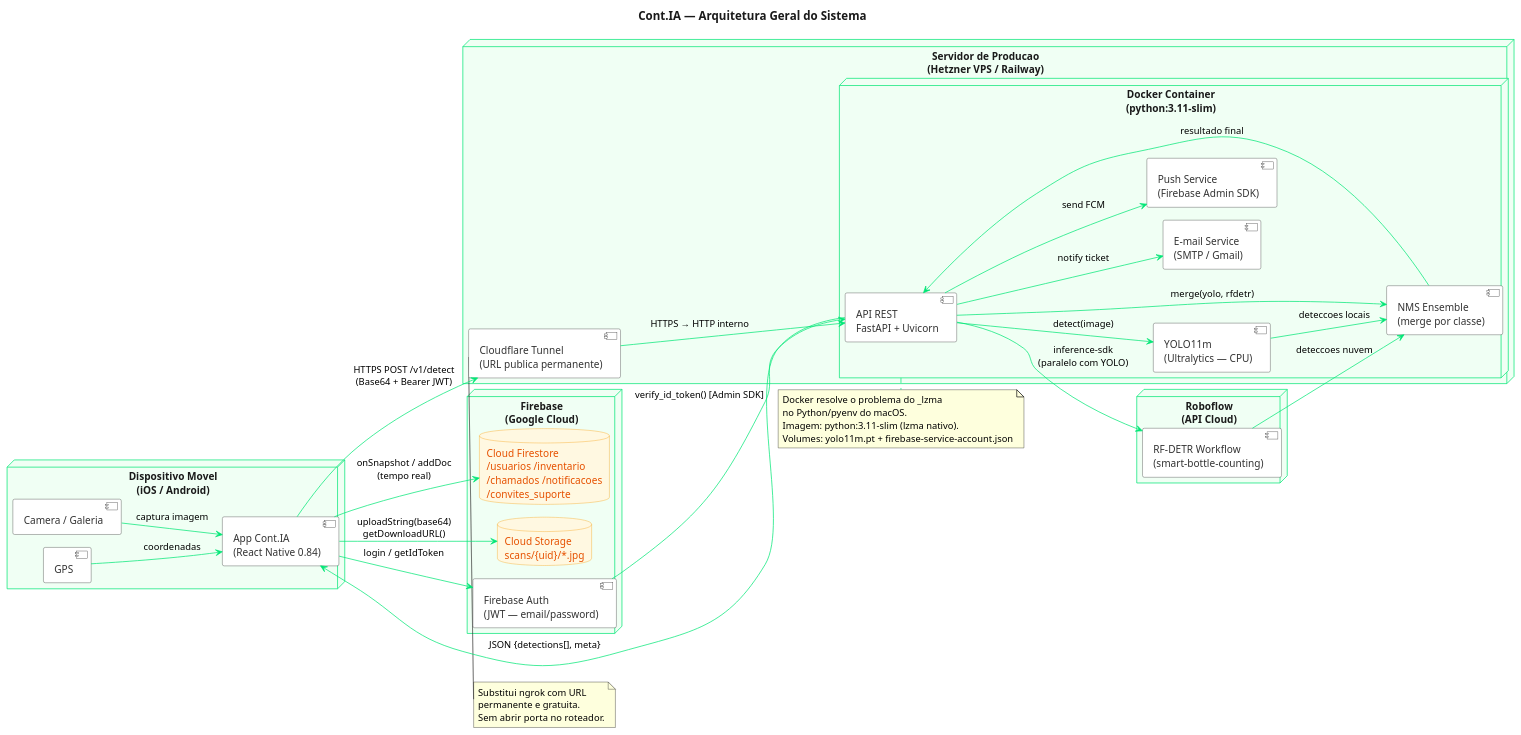
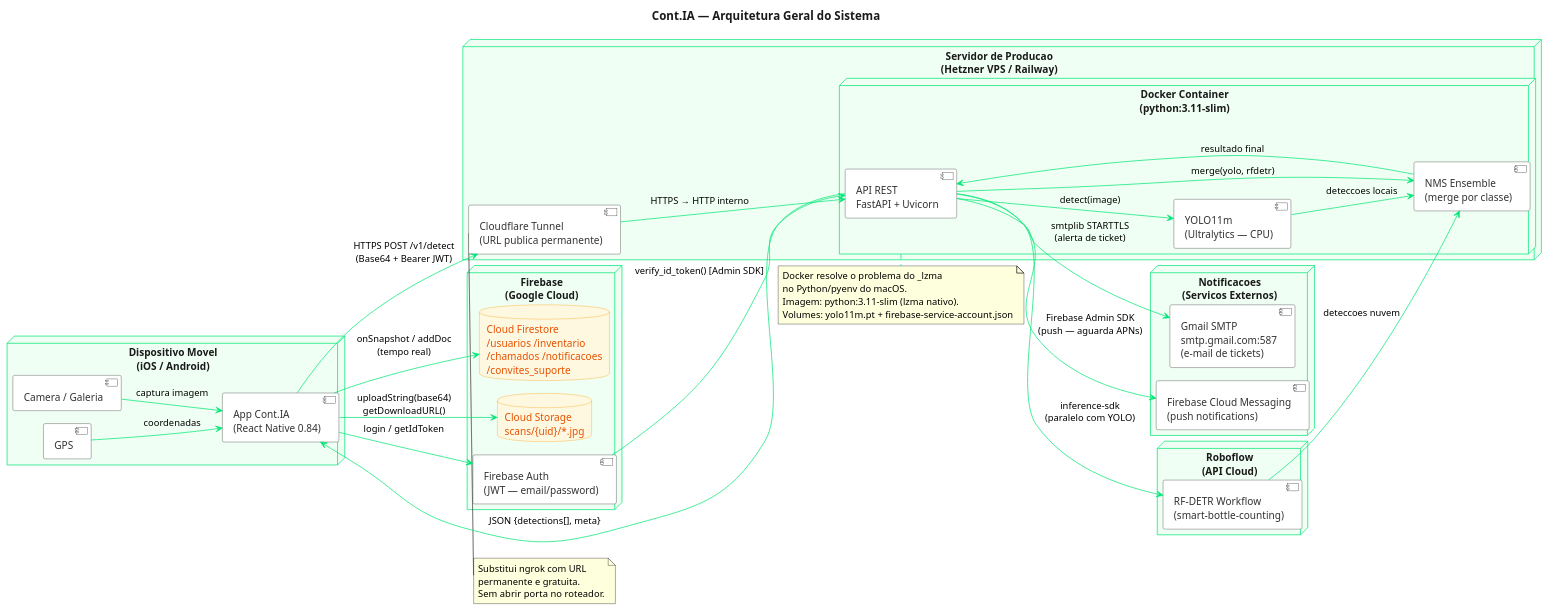
Before and after one commit to JuBertoldo/cont-ia: the diagram in docs/diagramas/07_arquitetura.puml, drawn with PlantUML.

Commit message:
docs: mover servicos de notificacao para no externo na arquitetura
Email (Gmail SMTP) e Push (FCM) sao servicos externos acionados
pelo backend — nao fazem parte do processamento de IA dentro do Docker.
Agora aparecem em no separado "Notificacoes (Servicos Externos)"
com conexoes explicitas a partir da API.

```diff
--- a/docs/diagramas/07_arquitetura.puml
+++ b/docs/diagramas/07_arquitetura.puml
@@ -1,96 +1,102 @@
 @startuml 07_arquitetura
 !pragma layout smetana
 title Cont.IA — Arquitetura Geral do Sistema
 
 skinparam backgroundColor #FFFFFF
 skinparam nodeBackgroundColor #F0FFF4
 skinparam nodeBorderColor #00E676
 skinparam nodeFontColor #1A1A1A
 skinparam componentBackgroundColor #FFFFFF
 skinparam componentBorderColor #333333
 skinparam componentFontColor #333333
 skinparam arrowColor #00E676
 skinparam titleFontColor #1A1A1A
 skinparam titleFontSize 16
 skinparam databaseBackgroundColor #FFF8E1
 skinparam databaseBorderColor #F59E0B
 skinparam databaseFontColor #E65100
 
 left to right direction
 
 ' ── App Mobile ───────────────────────────────────────────────────────────────
 
 node "Dispositivo Movel\n(iOS / Android)" as MOBILE {
     component "App Cont.IA\n(React Native 0.84)" as APP
     component "Camera / Galeria" as CAM
     component "GPS" as GPS
     CAM --> APP : captura imagem
     GPS --> APP : coordenadas
 }
 
 ' ── Infraestrutura do Backend ────────────────────────────────────────────────
 
 node "Servidor de Producao\n(Hetzner VPS / Railway)" as SERVER {
 
     node "Docker Container\n(python:3.11-slim)" as DOCKER {
         component "API REST\nFastAPI + Uvicorn" as API
         component "YOLO11m\n(Ultralytics — CPU)" as YOLO
         component "NMS Ensemble\n(merge por classe)" as NMS
-        component "E-mail Service\n(SMTP / Gmail)" as EMAIL
-        component "Push Service\n(Firebase Admin SDK)" as PUSH
 
         API --> YOLO : detect(image)
         API --> NMS : merge(yolo, rfdetr)
-        API --> EMAIL : notify ticket
-        API --> PUSH : send FCM
         YOLO --> NMS : deteccoes locais
     }
 
     component "Cloudflare Tunnel\n(URL publica permanente)" as TUNNEL
     TUNNEL --> API : HTTPS → HTTP interno
+}
+
+' ── Servicos de Notificacao (externos, acionados pelo backend) ───────────────
+
+node "Notificacoes\n(Servicos Externos)" as NOTIF {
+    component "Gmail SMTP\nsmtp.gmail.com:587\n(e-mail de tickets)" as GMAIL
+    component "Firebase Cloud Messaging\n(push notifications)" as FCM
 }
 
 ' ── Roboflow (API externa) ───────────────────────────────────────────────────
 
 node "Roboflow\n(API Cloud)" as ROBOFLOW {
     component "RF-DETR Workflow\n(smart-bottle-counting)" as RFDETR
 }
 
 ' ── Firebase (Google Cloud) ──────────────────────────────────────────────────
 
 node "Firebase\n(Google Cloud)" as FIREBASE {
     database "Cloud Firestore\n/usuarios /inventario\n/chamados /notificacoes\n/convites_suporte" as FS
     database "Cloud Storage\nscans/{uid}/*.jpg" as STORAGE
     component "Firebase Auth\n(JWT — email/password)" as AUTH
 }
 
 ' ── Conexoes ─────────────────────────────────────────────────────────────────
 
 APP --> TUNNEL : HTTPS POST /v1/detect\n(Base64 + Bearer JWT)
 API --> RFDETR : inference-sdk\n(paralelo com YOLO)
 RFDETR --> NMS : deteccoes nuvem
 NMS --> API : resultado final
 API --> APP : JSON {detections[], meta}
 
 APP --> AUTH : login / getIdToken
 AUTH --> API : verify_id_token() [Admin SDK]
 
+API --> GMAIL : smtplib STARTTLS\n(alerta de ticket)
+API --> FCM : Firebase Admin SDK\n(push — aguarda APNs)
+
 APP --> FS : onSnapshot / addDoc\n(tempo real)
 APP --> STORAGE : uploadString(base64)\ngetDownloadURL()
 
 ' ── Nota ─────────────────────────────────────────────────────────────────────
 
 note bottom of DOCKER
   Docker resolve o problema do _lzma
   no Python/pyenv do macOS.
   Imagem: python:3.11-slim (lzma nativo).
   Volumes: yolo11m.pt + firebase-service-account.json
 end note
 
 note bottom of TUNNEL
   Substitui ngrok com URL
   permanente e gratuita.
   Sem abrir porta no roteador.
 end note
 
 @enduml
```
